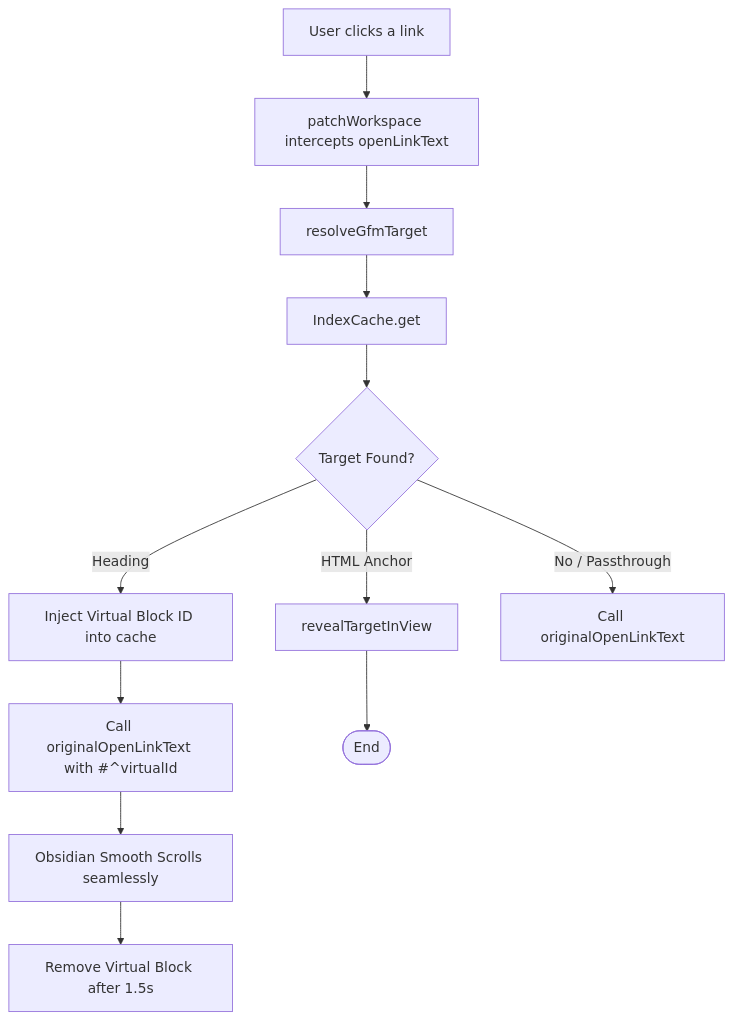
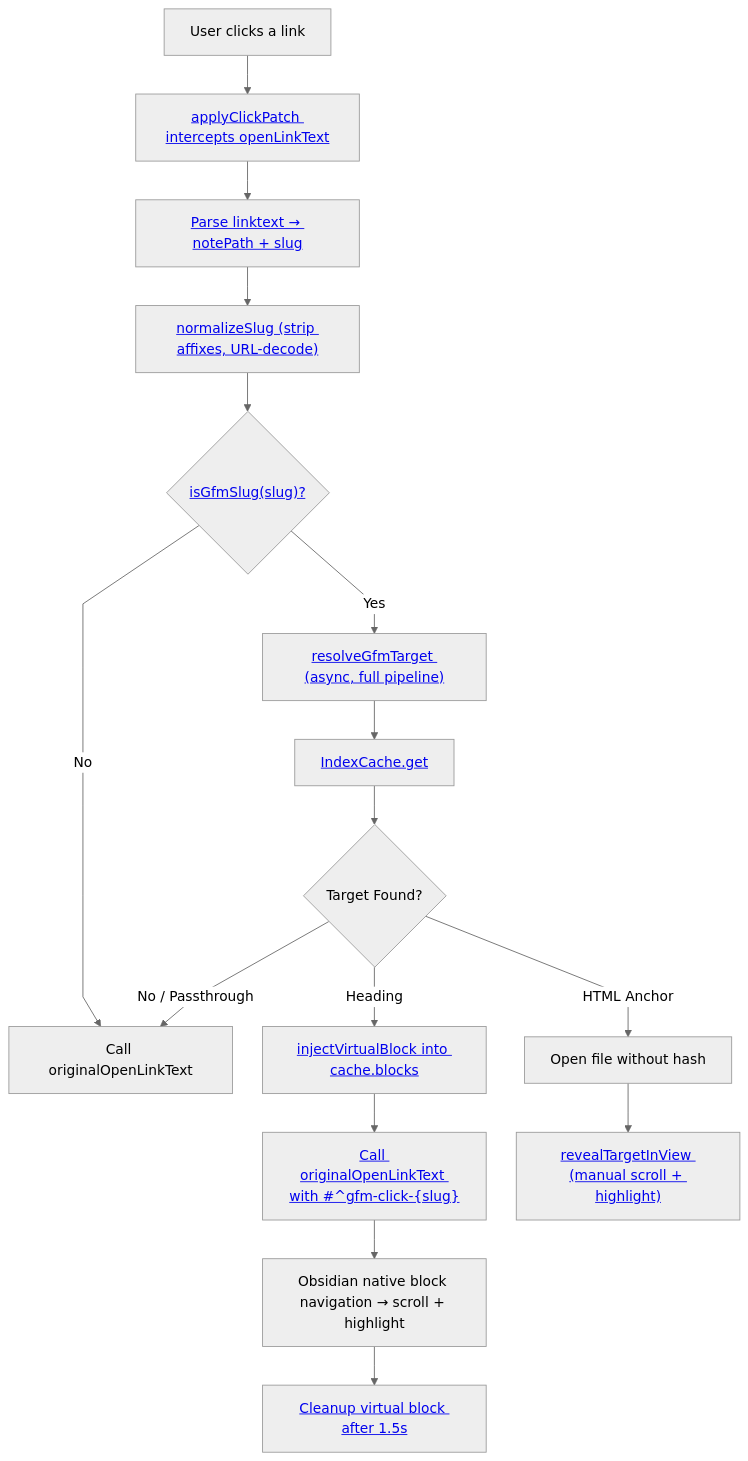
The fifth of 6 diagrams in docs/architecture.md (lucasgaldinos/obsidian-gfm-headers), drawn with Mermaid before and after one commit. The commit also changed other lines of this file and 31 other files, not shown here.

````diff
--- a/docs/architecture.md
+++ b/docs/architecture.md
@@ -150,17 +296,29 @@
 ```mermaid
+---
+config:
+  theme: neutral
+  flowchart:
+    nodeSpacing: 35
+    rankSpacing: 45
+    curve: linear
+---
 flowchart TD
-    LC["User clicks a link"] --> LCOPEN["patchWorkspace intercepts openLinkText"]
-    LCOPEN --> LRES["resolveGfmTarget"]
-    LRES --> LCACHE["IndexCache.get"]
+    LC["User clicks a link"] --> LCOPEN["<a href='../src/patch-link-click.ts'>applyClickPatch intercepts openLinkText</a>"]
+    LCOPEN --> PARSE["<a href='../src/patch-link-click.ts'>Parse linktext → notePath + slug</a>"]
+    PARSE --> NORM["<a href='../src/link-parse.ts'>normalizeSlug (strip affixes, URL-decode)</a>"]
+    NORM --> GUARD{"<a href='../src/gfm-slugify.ts'>isGfmSlug(slug)?</a>"}
+    GUARD -- Yes --> LRES["<a href='../src/resolve-target.ts'>resolveGfmTarget (async, full pipeline)</a>"]
+    GUARD -- No --> PASSTHRU["Call originalOpenLinkText"]
+    LRES --> LCACHE["<a href='../src/index-cache.ts'>IndexCache.get</a>"]
     LCACHE --> LFOUND{"Target Found?"}
-    
-    LFOUND -- Heading --> LINJ["Inject Virtual Block ID into cache"]
-    LINJ --> LNAT["Call originalOpenLinkText with #^virtualId"]
-    LNAT --> SCROLL["Obsidian Smooth Scrolls seamlessly"]
-    SCROLL --> DEL1["Remove Virtual Block after 1.5s"]
-    
-    LFOUND -- HTML Anchor --> LREV["revealTargetInView"]
-    LREV --> DEL2(["End"])
-    
-    LFOUND -- No / Passthrough --> LNAT2["Call originalOpenLinkText"]
+
+    LFOUND -- Heading --> LINJ["<a href='../src/virtual-block.ts'>injectVirtualBlock into cache.blocks</a>"]
+    LINJ --> LNAT["<a href='../src/patch-link-click.ts'>Call originalOpenLinkText with #^gfm-click-{slug}</a>"]
+    LNAT --> SCROLL["Obsidian native block navigation → scroll + highlight"]
+    SCROLL --> DEL1["<a href='../src/virtual-block.ts'>Cleanup virtual block after 1.5s</a>"]
+
+    LFOUND -- HTML Anchor --> LOPEN["Open file without hash"]
+    LOPEN --> LREV["<a href='../src/reveal-target.ts'>revealTargetInView (manual scroll + highlight)</a>"]
+
+    LFOUND -- No / Passthrough --> PASSTHRU
 ```
````
